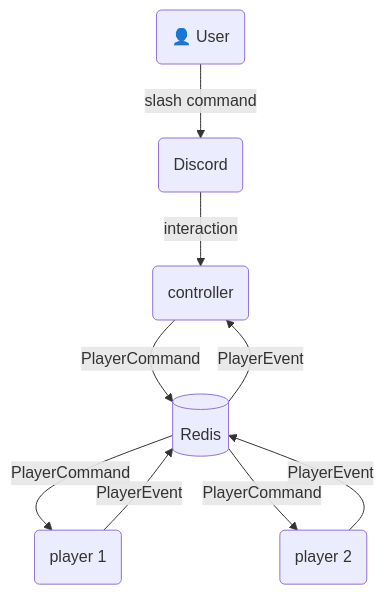
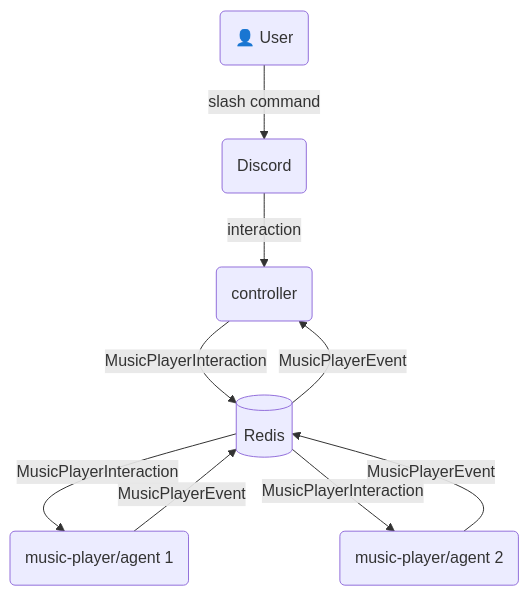
One commit to HugaertsDries/bearify-discord-bot changed the diagram in README.md. Above: the diagram before and after it, drawn with Mermaid. The commit also changed other lines of this file and 66 other files, not shown here.

Commit message:
introduction feature-complete music-player

````diff
--- a/README.md
+++ b/README.md
@@ -7,13 +7,13 @@
 ```mermaid
 flowchart TD
     User(👤 User) -->|slash command| Discord(Discord)
     Discord -->|interaction| controller(controller)
 
-    controller -->|PlayerCommand| Redis[(Redis)]
-    Redis -->|PlayerCommand| player1(player 1)
-    Redis -->|PlayerCommand| player2(player 2)
+    controller -->|MusicPlayerInteraction| Redis[(Redis)]
+    Redis -->|MusicPlayerInteraction| player1(music-player/agent 1)
+    Redis -->|MusicPlayerInteraction| player2(music-player/agent 2)
 
-    player1 -->|PlayerEvent| Redis
-    player2 -->|PlayerEvent| Redis
-    Redis -->|PlayerEvent| controller
+    player1 -->|MusicPlayerEvent| Redis
+    player2 -->|MusicPlayerEvent| Redis
+    Redis -->|MusicPlayerEvent| controller
 ```
````
